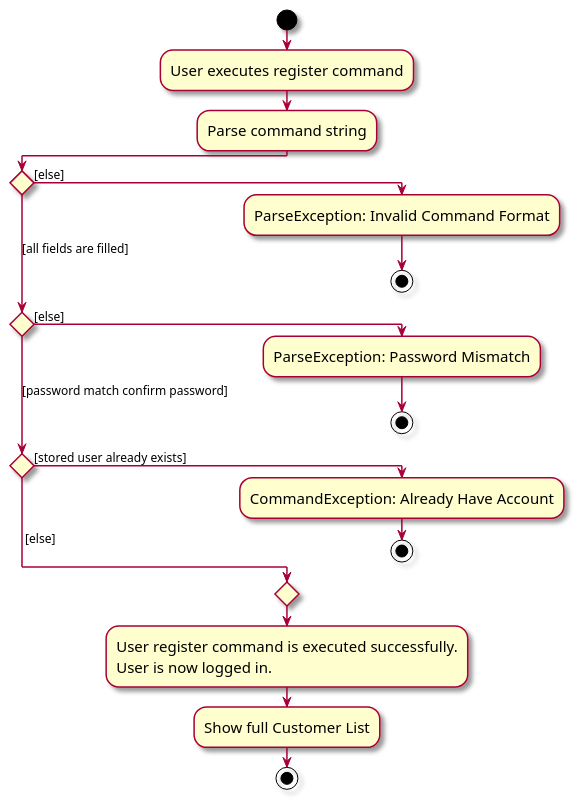
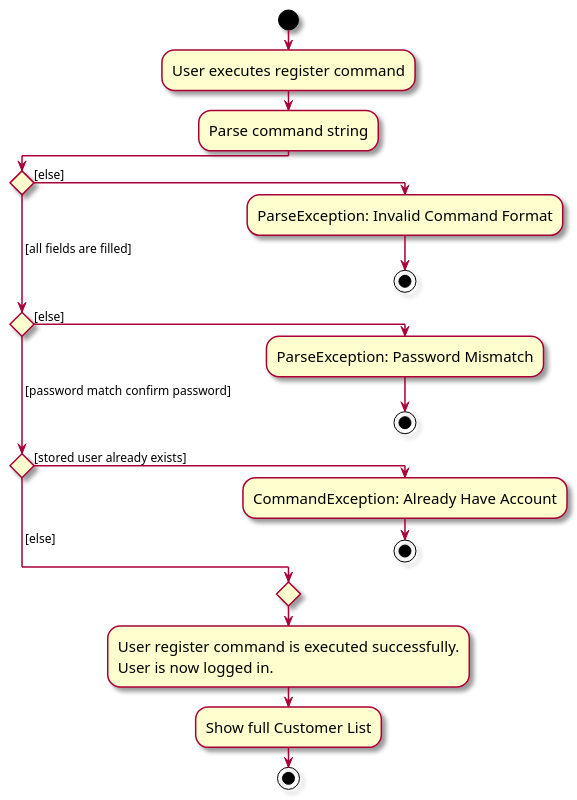
The diagram in diagrams/UserRegisterActivityDiagram.puml (zhonghan721/tp), drawn with PlantUML before and after one commit. The commit also changed 53 other files, not shown here.

```diff
--- a/diagrams/UserRegisterActivityDiagram.puml
+++ b/diagrams/UserRegisterActivityDiagram.puml
@@ -1,26 +1,26 @@
 @startuml
 skin rose
 skinparam ActivityFontSize 15
 skinparam ArrowFontSize 12
 !pragma useVerticalIf on
 start
 :User executes register command;
 :Parse command string;
 
 if () then ([else])
     :ParseException: Invalid Command Format;
     stop
-([all fields are filled]) elseif () then ([else])
+( [all fields are filled]) elseif () then ([else])
     :ParseException: Password Mismatch;
     stop
-([password match confirm password]) elseif () then ([stored user already exists])
+( [password match confirm password]) elseif () then ([stored user already exists])
     :CommandException: Already Have Account;
     stop
 else ( [else])
 endif
 :User register command is executed successfully.
 User is now logged in.;
 :Show full Customer List;
 
 stop
 @enduml
```
